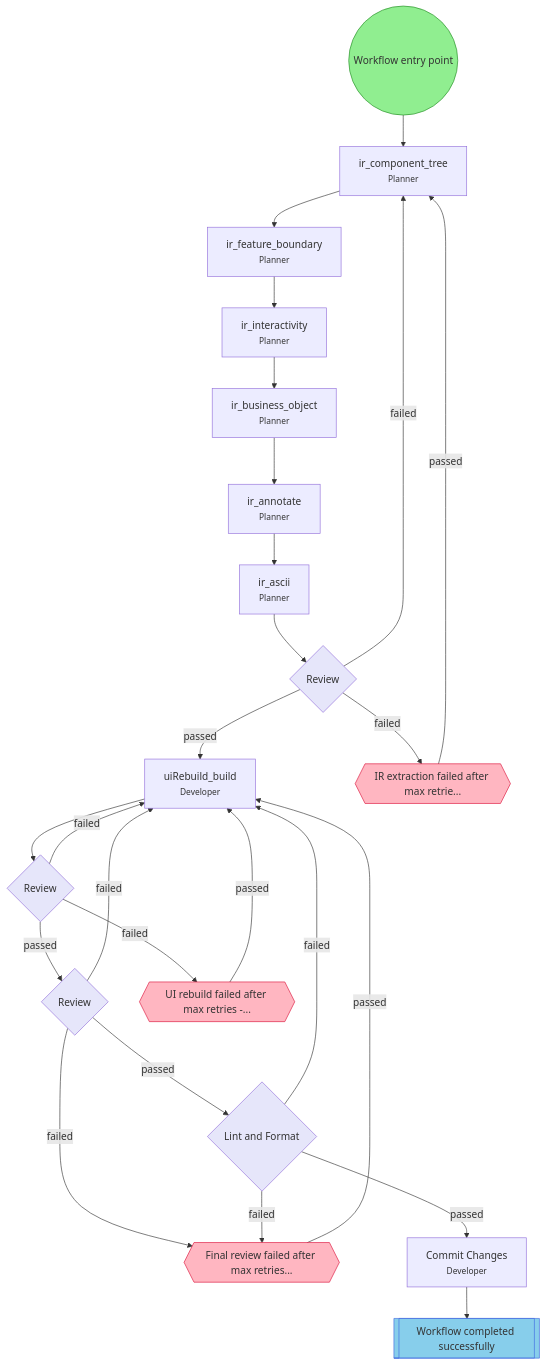
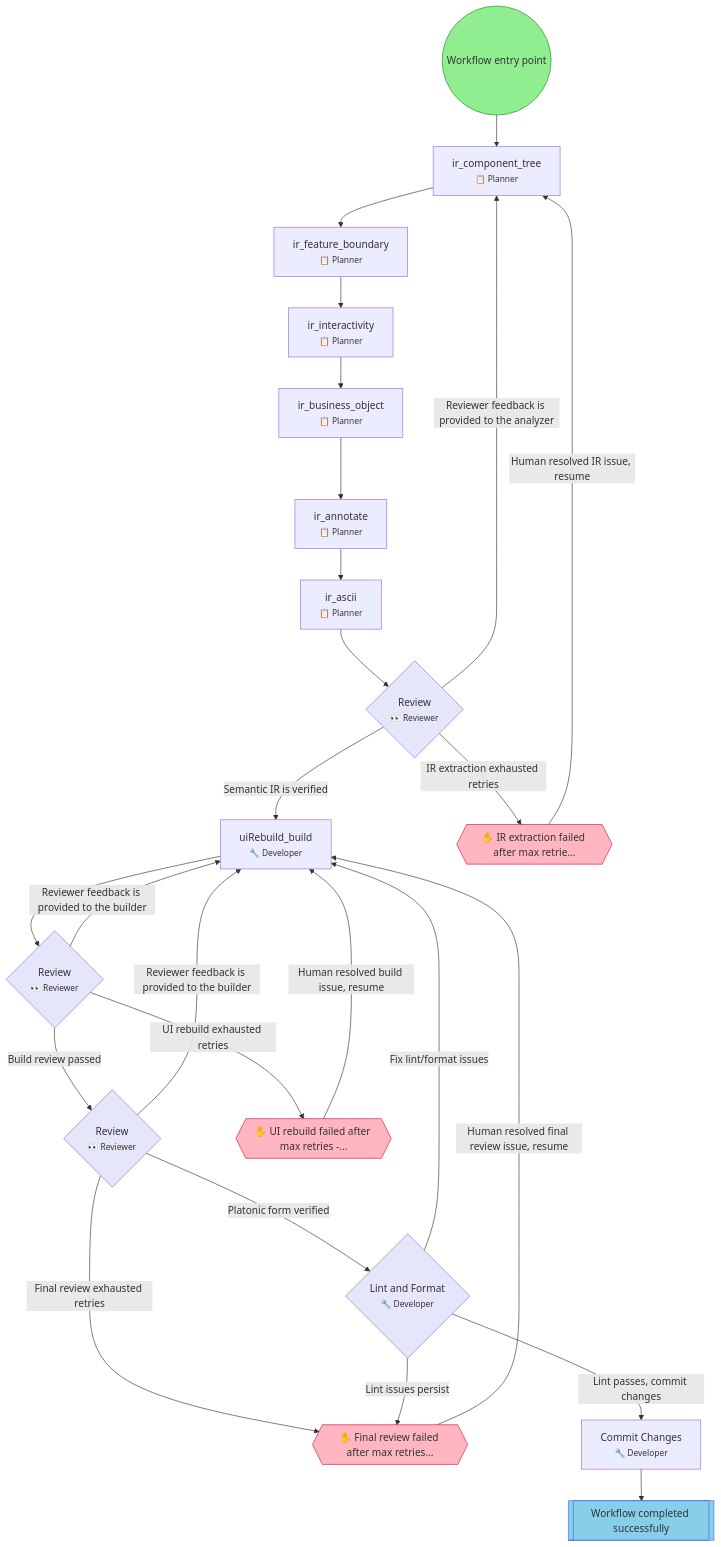
One commit to leclabs/agent-toolkit changed the diagram in .flow/diagrams/ui-reconstruction.md. Above: the diagram before and after it, drawn with Mermaid. The commit also changed other lines of this file and 34 other files, not shown here.

First line of the commit message:
feat: add emoji field to workflow schema and render in diagrams

````diff
--- a/.flow/diagrams/ui-reconstruction.md
+++ b/.flow/diagrams/ui-reconstruction.md
@@ -7,56 +7,56 @@
 ```mermaid
 flowchart TD
     start(("Workflow entry point"))
-    ir_component_tree["ir_component_tree<br/><small>Planner</small>"]
-    ir_feature_boundary["ir_feature_boundary<br/><small>Planner</small>"]
-    ir_interactivity["ir_interactivity<br/><small>Planner</small>"]
-    ir_business_object["ir_business_object<br/><small>Planner</small>"]
-    ir_annotate["ir_annotate<br/><small>Planner</small>"]
-    ir_ascii["ir_ascii<br/><small>Planner</small>"]
-    ir_review{"Review"}
-    uiRebuild_build["uiRebuild_build<br/><small>Developer</small>"]
-    uiRebuild_review{"Review"}
-    final_review{"Review"}
+    ir_component_tree["ir_component_tree<br/><small>📋 Planner</small>"]
+    ir_feature_boundary["ir_feature_boundary<br/><small>📋 Planner</small>"]
+    ir_interactivity["ir_interactivity<br/><small>📋 Planner</small>"]
+    ir_business_object["ir_business_object<br/><small>📋 Planner</small>"]
+    ir_annotate["ir_annotate<br/><small>📋 Planner</small>"]
+    ir_ascii["ir_ascii<br/><small>📋 Planner</small>"]
+    ir_review{"Review<br/><small>👀 Reviewer</small>"}
+    uiRebuild_build["uiRebuild_build<br/><small>🔧 Developer</small>"]
+    uiRebuild_review{"Review<br/><small>👀 Reviewer</small>"}
+    final_review{"Review<br/><small>👀 Reviewer</small>"}
     end_success[["Workflow completed successfully"]]
-    hitl_ir_failed{{"IR extraction failed after max retrie..."}}
-    hitl_build_failed{{"UI rebuild failed after max retries -..."}}
-    hitl_final_failed{{"Final review failed after max retries..."}}
-    lint_format{"Lint and Format"}
-    commit["Commit Changes<br/><small>Developer</small>"]
+    hitl_ir_failed{{"✋ IR extraction failed after max retrie..."}}
+    hitl_build_failed{{"✋ UI rebuild failed after max retries -..."}}
+    hitl_final_failed{{"✋ Final review failed after max retries..."}}
+    lint_format{"Lint and Format<br/><small>🔧 Developer</small>"}
+    commit["Commit Changes<br/><small>🔧 Developer</small>"]
 
     start --> ir_component_tree
     ir_component_tree --> ir_feature_boundary
     ir_feature_boundary --> ir_interactivity
     ir_interactivity --> ir_business_object
     ir_business_object --> ir_annotate
     ir_annotate --> ir_ascii
     ir_ascii --> ir_review
-    ir_review -->|failed| ir_component_tree
-    ir_review -->|failed| hitl_ir_failed
-    ir_review -->|passed| uiRebuild_build
+    ir_review -->|Reviewer feedback is provided to the analyzer| ir_component_tree
+    ir_review -->|IR extraction exhausted retries| hitl_ir_failed
+    ir_review -->|Semantic IR is verified| uiRebuild_build
     uiRebuild_build --> uiRebuild_review
-    uiRebuild_review -->|failed| uiRebuild_build
-    uiRebuild_review -->|failed| hitl_build_failed
-    uiRebuild_review -->|passed| final_review
-    final_review -->|failed| uiRebuild_build
-    final_review -->|failed| hitl_final_failed
-    final_review -->|passed| lint_format
-    lint_format -->|passed| commit
-    lint_format -->|failed| uiRebuild_build
-    lint_format -->|failed| hitl_final_failed
+    uiRebuild_review -->|Reviewer feedback is provided to the builder| uiRebuild_build
+    uiRebuild_review -->|UI rebuild exhausted retries| hitl_build_failed
+    uiRebuild_review -->|Build review passed| final_review
+    final_review -->|Reviewer feedback is provided to the builder| uiRebuild_build
+    final_review -->|Final review exhausted retries| hitl_final_failed
+    final_review -->|Platonic form verified| lint_format
+    lint_format -->|Lint passes, commit changes| commit
+    lint_format -->|Fix lint/format issues| uiRebuild_build
+    lint_format -->|Lint issues persist| hitl_final_failed
     commit --> end_success
-    hitl_ir_failed -->|passed| ir_component_tree
-    hitl_build_failed -->|passed| uiRebuild_build
-    hitl_final_failed -->|passed| uiRebuild_build
+    hitl_ir_failed -->|Human resolved IR issue, resume| ir_component_tree
+    hitl_build_failed -->|Human resolved build issue, resume| uiRebuild_build
+    hitl_final_failed -->|Human resolved final review issue, resume| uiRebuild_build
 
     classDef startStep fill:#90EE90,stroke:#228B22
     classDef successStep fill:#87CEEB,stroke:#4169E1
     classDef hitlStep fill:#FFB6C1,stroke:#DC143C
     classDef gateStep fill:#E6E6FA,stroke:#9370DB
     classDef forkJoinStep fill:#FFEAA7,stroke:#FDCB6E
     classDef currentStep fill:#FFD700,stroke:#FF8C00,stroke-width:3px
     class start startStep
     class end_success successStep
     class hitl_ir_failed,hitl_build_failed,hitl_final_failed hitlStep
     class ir_review,uiRebuild_review,final_review,lint_format gateStep
 ```
````
